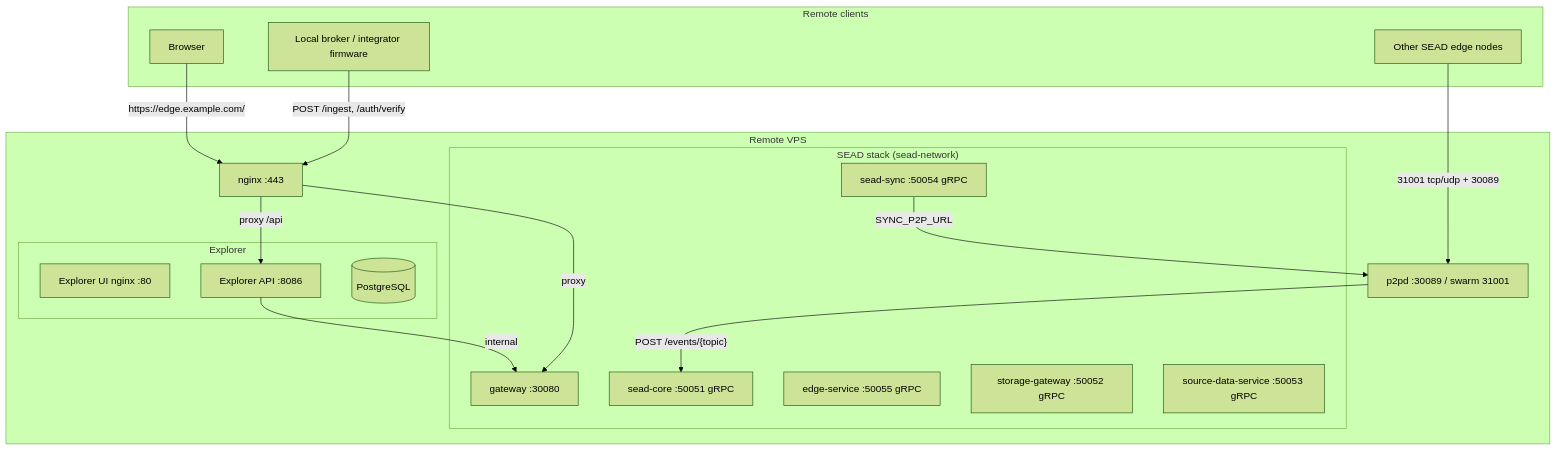
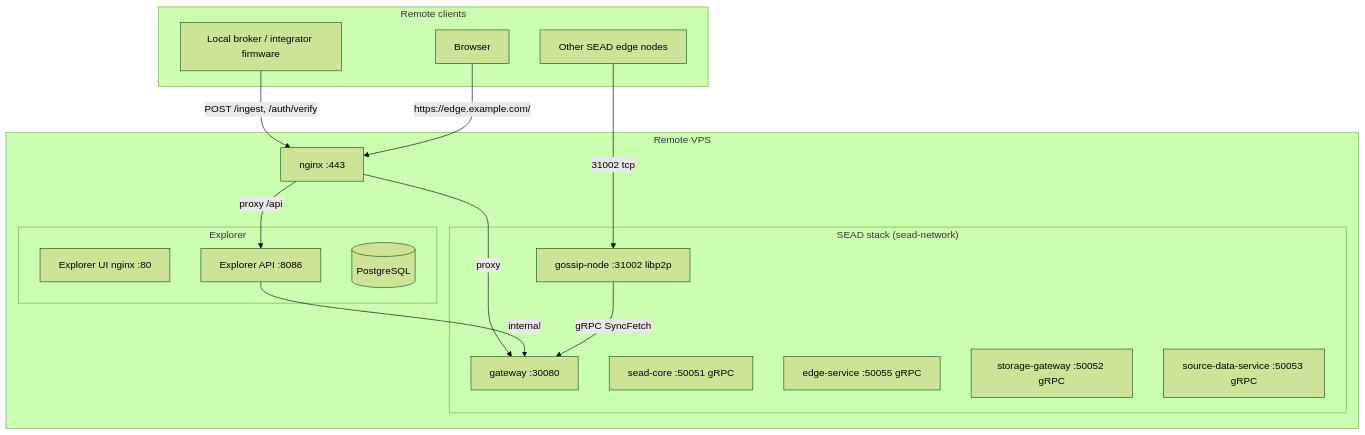
One commit to Stardome-technology/stardome-sead changed the diagram in docs/setup-vps.md. Above: the diagram before and after it, drawn with Mermaid (forest theme). The commit also changed other lines of this file and 1 other file, not shown here.

First line of the commit message:
docs: clean legacy sead-sync/p2pd references + gateway TLS note

````diff
--- a/docs/setup-vps.md
+++ b/docs/setup-vps.md
@@ -18,35 +18,33 @@
 ```mermaid
 graph TB
     subgraph "Remote VPS"
         subgraph "SEAD stack (sead-network)"
             GW[gateway :30080]
             SC[sead-core :50051 gRPC]
             ES[edge-service :50055 gRPC]
             SG[storage-gateway :50052 gRPC]
             SD[source-data-service :50053 gRPC]
-            SY[sead-sync :50054 gRPC]
+            GN[gossip-node :31002 libp2p]
         end
         subgraph "Explorer"
             UI[Explorer UI nginx :80]
             API[Explorer API :8086]
             DB[(PostgreSQL)]
         end
-        P2P[p2pd :30089 / swarm 31001]
         NGINX[nginx :443]
     end
 
     subgraph "Remote clients"
         BR[Local broker / integrator firmware]
         OTH[Other SEAD edge nodes]
         BROWSER[Browser]
     end
 
     BR -->|"POST /ingest, /auth/verify"| NGINX
     NGINX -->|proxy| GW
     BROWSER -->|"https://edge.example.com/"| NGINX
     NGINX -->|proxy /api| API
     API -->|internal| GW
-    OTH -->|"31001 tcp/udp + 30089"| P2P
-    P2P -->|"POST /events/{topic}"| SC
-    SY -->|"SYNC_P2P_URL"| P2P
+    OTH -->|"31002 tcp"| GN
+    GN -->|"gRPC SyncFetch"| GW
 ```
````
